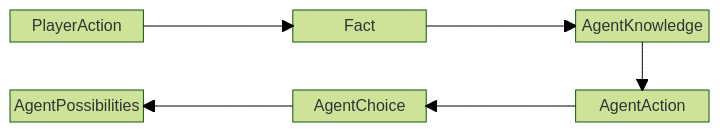
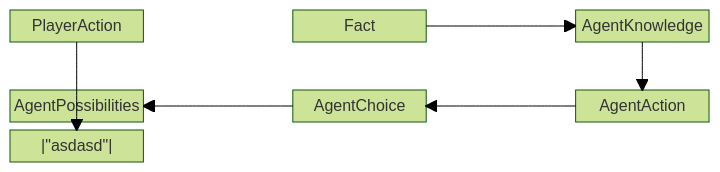
The second of 2 diagrams in docs/deep-lore.md (rchDev/game-of-points), drawn with Mermaid (forest theme) before and after one commit.

Commit message:
[docs]: add a bunch of stuff to deep-lore.md

````diff
--- a/docs/deep-lore.md
+++ b/docs/deep-lore.md
@@ -49,13 +49,13 @@
 ```mermaid
 block-beta
    columns 5
    A["PlayerAction"] space B["Fact"] space C["AgentKnowledge"]
    space space space space space
    F["AgentPossibilities"] space E["AgentChoice"] space D["AgentAction"]
 
-   A --> B
+   A -->|"asdasd"| B
    B --> C
    C --> D
    D --> E
    E --> F
 ```
````
